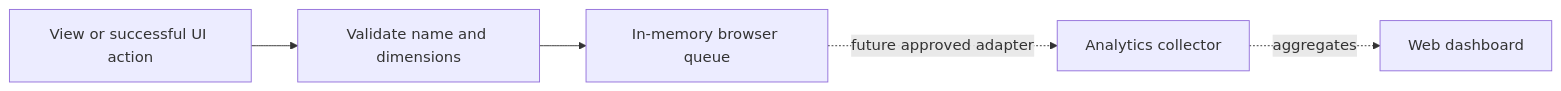
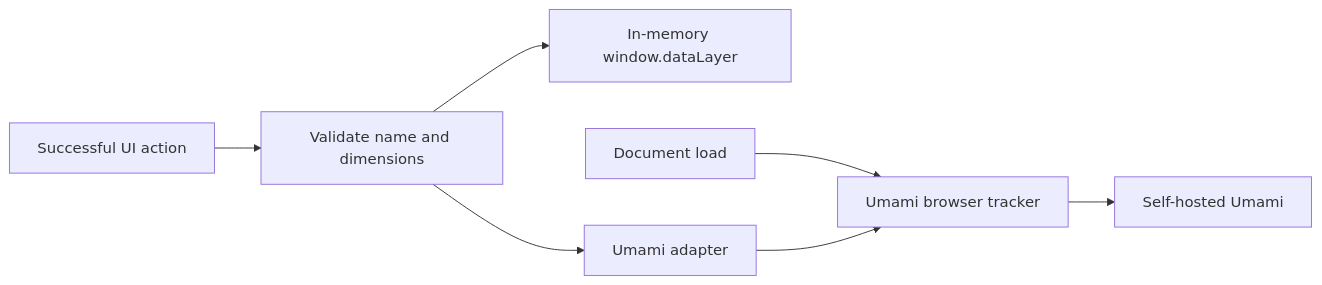
One commit to povedica/mi-cv changed the diagram in docs/ANALYTICS.md. Above: the diagram before and after it, drawn with Mermaid. The commit also changed other lines of this file and 18 other files, not shown here.

First line of the commit message:
Connect the portfolio to self-hosted Umami (#20)

````diff
--- a/docs/ANALYTICS.md
+++ b/docs/ANALYTICS.md
@@ -5,7 +5,9 @@
 ```mermaid
 flowchart LR
-  Action[View or successful UI action] --> Validate[Validate name and dimensions]
-  Validate --> Queue[In-memory browser queue]
-  Queue -. future approved adapter .-> Collector[Analytics collector]
-  Collector -. aggregates .-> Dashboard[Web dashboard]
+  Action[Successful UI action] --> Validate[Validate name and dimensions]
+  Validate --> Queue[In-memory window.dataLayer]
+  Validate --> Adapter[Umami adapter]
+  View[Document load] --> Tracker[Umami browser tracker]
+  Adapter --> Tracker
+  Tracker --> Dashboard[Self-hosted Umami]
 ```
````
